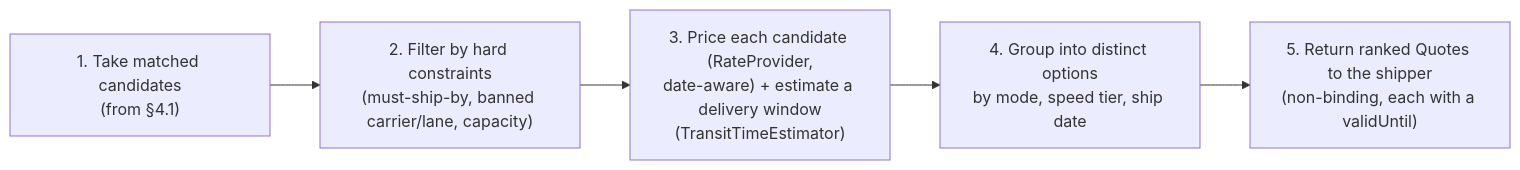
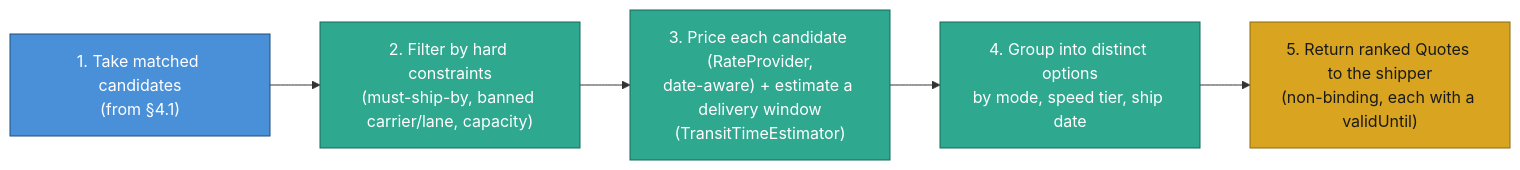
One commit to Pratyush576/CodingPractice changed the ninth of 36 diagrams in lib/src/main/java/org/pk/practices/design/supplychain/DESIGN.md. Above: the diagram before and after it, drawn with Mermaid. The commit also changed other lines of this file and 5 other files, not shown here.

Commit message:
Enhanced the diagrams

````diff
--- a/lib/src/main/java/org/pk/practices/design/supplychain/DESIGN.md
+++ b/lib/src/main/java/org/pk/practices/design/supplychain/DESIGN.md
@@ -1068,7 +1136,14 @@
 ```mermaid
 flowchart LR
     A["1. Take matched candidates<br/>(from §4.1)"] --> B["2. Filter by hard constraints<br/>(must-ship-by, banned carrier/lane, capacity)"]
     B --> C["3. Price each candidate (RateProvider,<br/>date-aware) + estimate a delivery window<br/>(TransitTimeEstimator)"]
     C --> D["4. Group into distinct options<br/>by mode, speed tier, ship date"]
     D --> E["5. Return ranked Quotes to the shipper<br/>(non-binding, each with a validUntil)"]
+
+    classDef input fill:#4a90d9,stroke:#1c4e78,color:#ffffff
+    classDef process fill:#2ea88f,stroke:#146b58,color:#ffffff
+    classDef outcome fill:#d9a521,stroke:#8a6a0f,color:#1a1a1a
+    class A input
+    class B,C,D process
+    class E outcome
 ```
````
